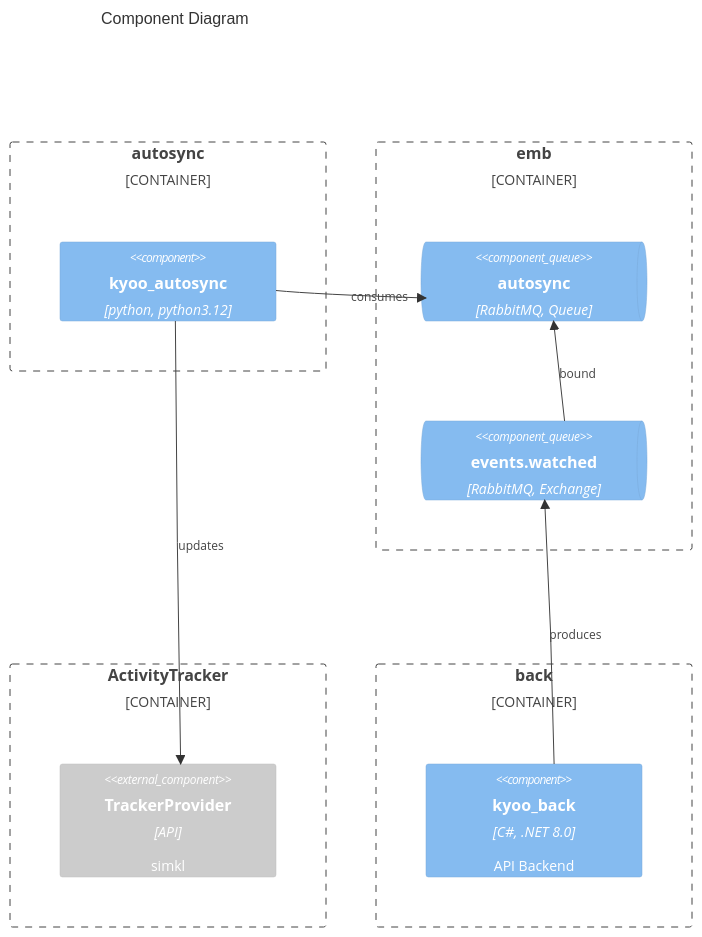
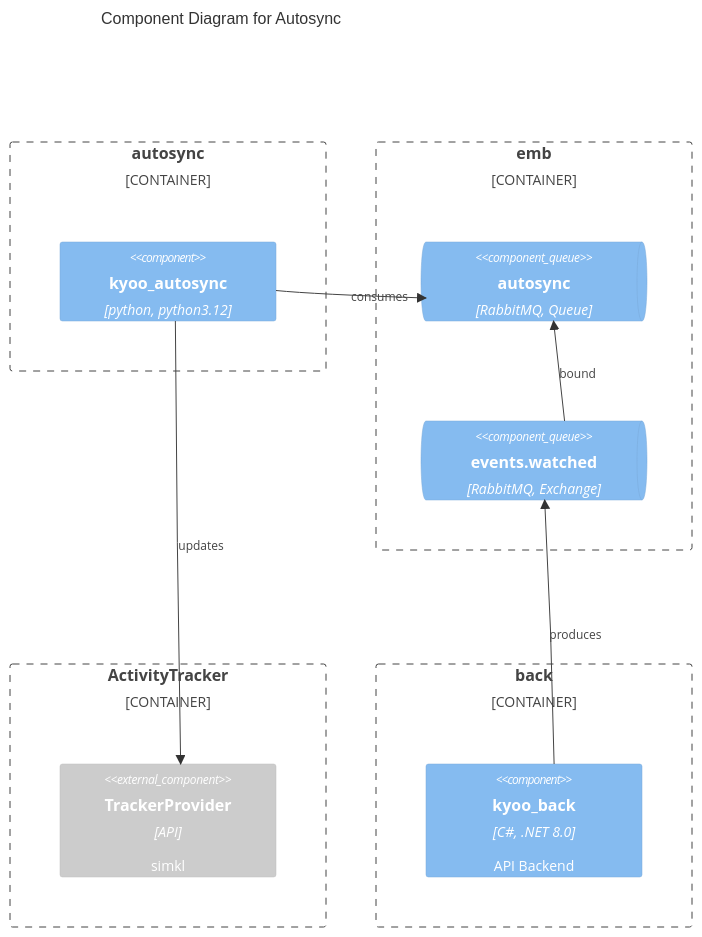
The fourth of 8 diagrams in DIAGRAMS.md (zoriya/Kyoo), drawn with Mermaid before and after one commit. The commit also changed other lines of this file, not shown here.

````diff
--- a/DIAGRAMS.md
+++ b/DIAGRAMS.md
@@ -133,28 +131,26 @@
 ```mermaid
-  C4Component
-  title Component Diagram
+C4Component
   UpdateLayoutConfig($c4ShapeInRow="4", $c4BoundaryInRow="2")
+  
+  title Component Diagram for Autosync
   
   Container_Boundary(autosync, "autosync") {
     Component(autosync_c1, "kyoo_autosync", "python, python3.12", "")
   }
-
   Container_Boundary(emb, "emb") {
     ComponentQueue(emb_q1, "autosync", "RabbitMQ, Queue", "")
     ComponentQueue(emb_e1, "events.watched", "RabbitMQ, Exchange", "")
     
   }
-
   Container_Boundary(tracker, "ActivityTracker") {
     Component_Ext(tracker_c1, "TrackerProvider", "API", "simkl")
   }
-
   Container_Boundary(backend, "back") {
     Component(backend_c2, "kyoo_back", "C#, .NET 8.0", "API Backend")
   }
 
   Rel(emb_e1, emb_q1, "bound")
   Rel(autosync_c1, emb_q1, "consumes")
   Rel(backend_c2, emb_e1, "produces")
   Rel(autosync_c1, tracker_c1, "updates")
 ```
````
